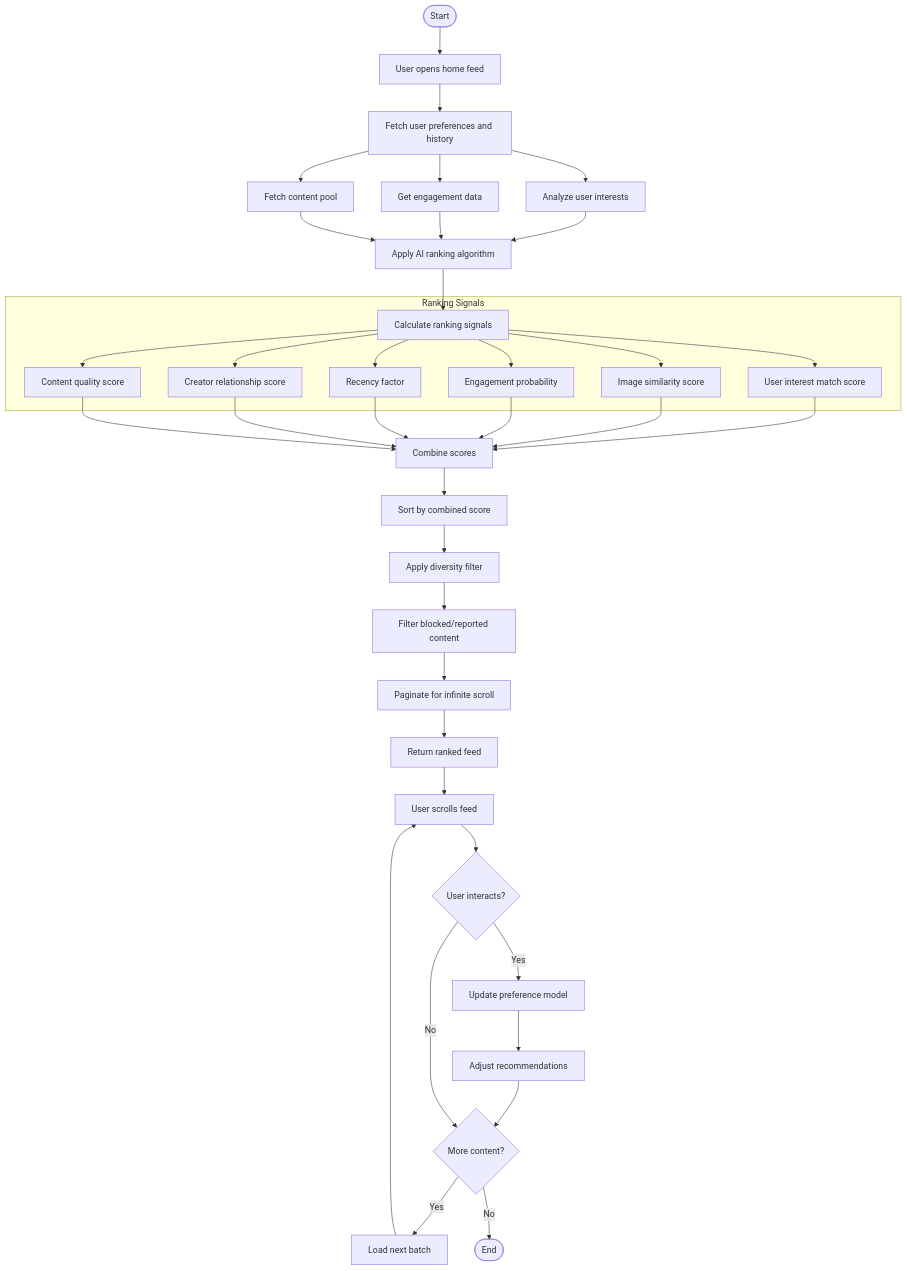
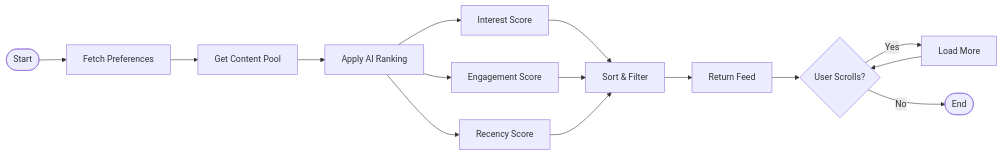
The fourth of 16 diagrams in UML_Diagrams.md (saiakhilesh5/ProConnect--AI-powered-content-sharing-platform), drawn with Mermaid before and after one commit. The commit also changed other lines of this file, not shown here.

Commit message:
UML Diagrams2

````diff
--- a/UML_Diagrams.md
+++ b/UML_Diagrams.md
@@ -528,48 +169,15 @@
 ```mermaid
-flowchart TD
-    A([Start]) --> B[User opens home feed]
-    B --> C[Fetch user preferences and history]
-    
-    C --> D1[Analyze user interests]
-    C --> D2[Get engagement data]
-    C --> D3[Fetch content pool]
-    
-    D1 --> E[Apply AI ranking algorithm]
-    D2 --> E
-    D3 --> E
-    
-    E --> F[Calculate ranking signals]
-    
-    subgraph "Ranking Signals"
-        F --> G1[User interest match score]
-        F --> G2[Image similarity score]
-        F --> G3[Engagement probability]
-        F --> G4[Recency factor]
-        F --> G5[Creator relationship score]
-        F --> G6[Content quality score]
-    end
-    
-    G1 --> H[Combine scores]
-    G2 --> H
-    G3 --> H
-    G4 --> H
-    G5 --> H
-    G6 --> H
-    
-    H --> I[Sort by combined score]
-    I --> J[Apply diversity filter]
-    J --> K[Filter blocked/reported content]
-    K --> L[Paginate for infinite scroll]
-    L --> M[Return ranked feed]
-    
-    M --> N[User scrolls feed]
-    N --> O{User interacts?}
-    O -->|Yes| P[Update preference model]
-    P --> Q[Adjust recommendations]
-    Q --> R{More content?}
-    O -->|No| R
-    
-    R -->|Yes| S[Load next batch]
-    S --> N
-    R -->|No| T([End])
+flowchart LR
+    A([Start]) --> B[Fetch Preferences]
+    B --> C[Get Content Pool]
+    C --> D[Apply AI Ranking]
+    D --> E[Interest Score]
+    D --> F[Engagement Score]
+    D --> G[Recency Score]
+    E & F & G --> H[Sort & Filter]
+    H --> I[Return Feed]
+    I --> J{User Scrolls?}
+    J -->|Yes| K[Load More]
+    K --> J
+    J -->|No| L([End])
 ```
````
